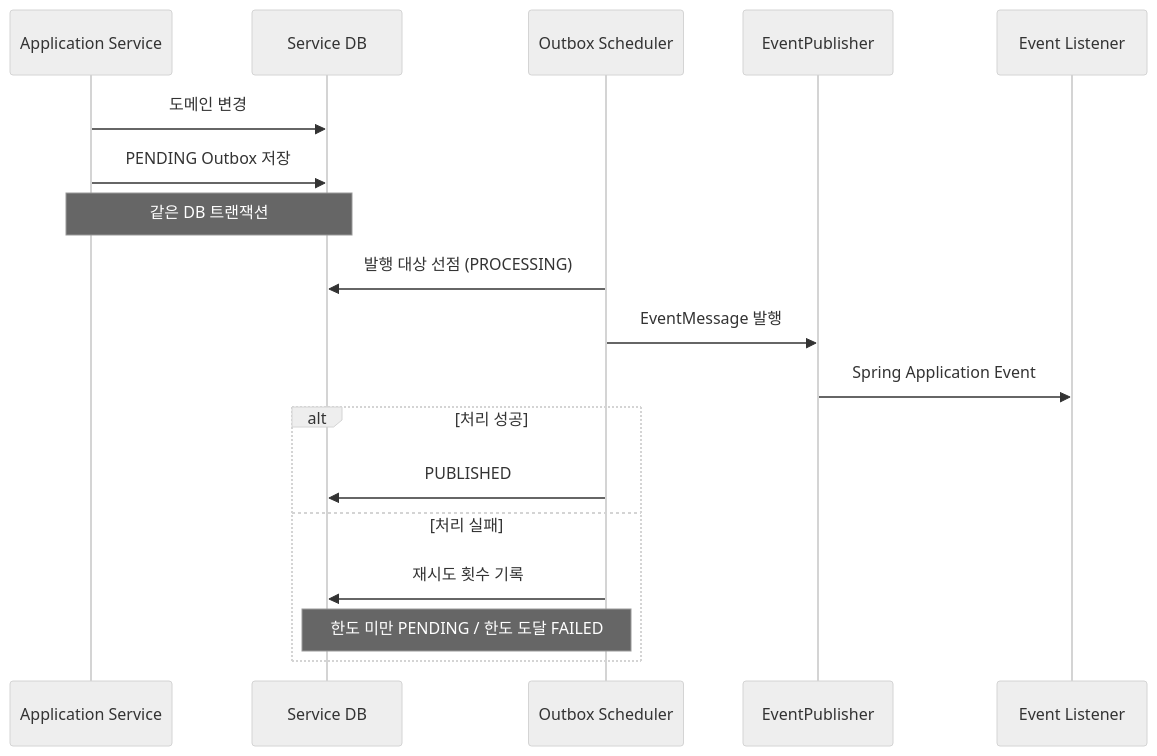
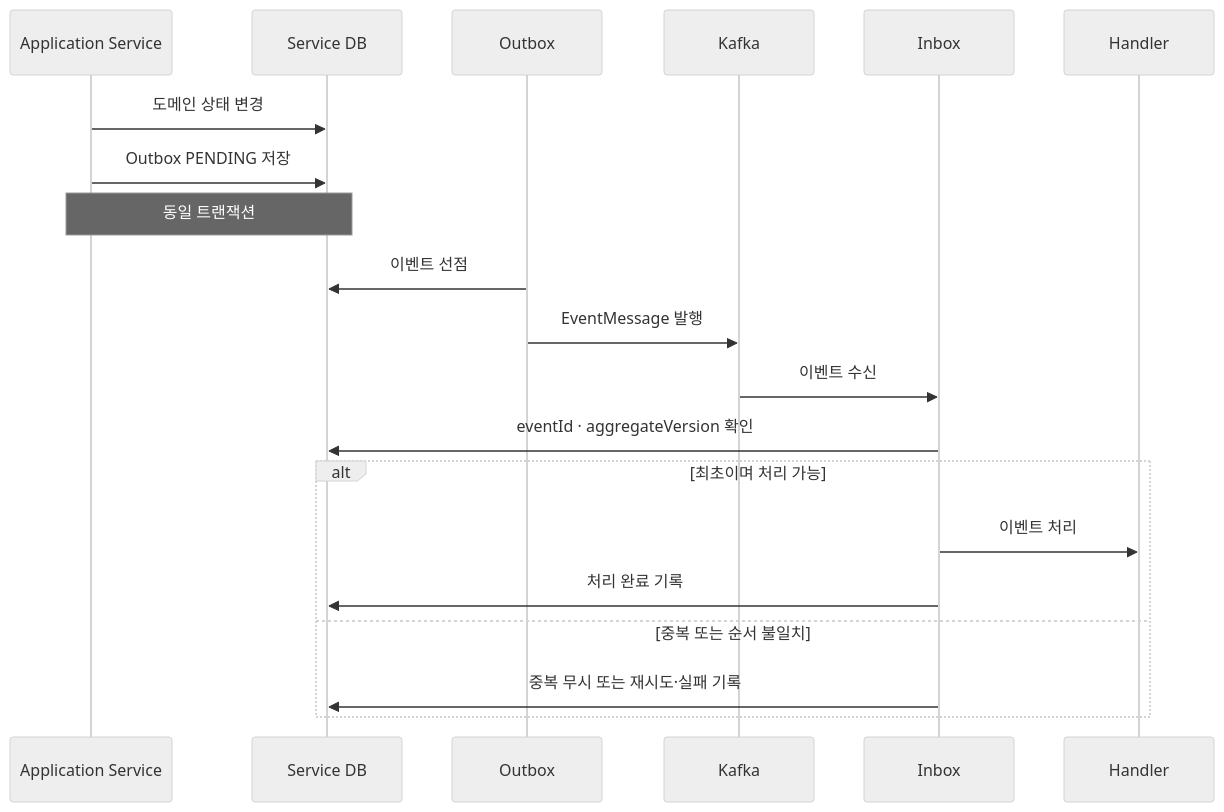
One commit to prgrms-be-adv-devcourse/beadv7_7_Congcongpodpod_BE changed the fourth of 5 diagrams in docs/architecture.md. Above: the diagram before and after it, drawn with Mermaid (neutral theme). The commit also changed other lines of this file and 99 other files, not shown here.

````diff
--- a/docs/architecture.md
+++ b/docs/architecture.md
@@ -136,21 +111,23 @@
 ```mermaid
 sequenceDiagram
-    participant API as Application Service
+    participant Domain as Application Service
     participant DB as Service DB
-    participant Outbox as Outbox Scheduler
-    participant Publisher as EventPublisher
-    participant Listener as Event Listener
+    participant Outbox
+    participant Kafka
+    participant Inbox
+    participant Handler
 
-    API->>DB: 도메인 변경
-    API->>DB: PENDING Outbox 저장
-    Note over API,DB: 같은 DB 트랜잭션
-    Outbox->>DB: 발행 대상 선점 (PROCESSING)
-    Outbox->>Publisher: EventMessage 발행
-    Publisher->>Listener: Spring Application Event
-    alt 처리 성공
-        Outbox->>DB: PUBLISHED
-    else 처리 실패
-        Outbox->>DB: 재시도 횟수 기록
-        Note over Outbox,DB: 한도 미만 PENDING / 한도 도달 FAILED
+    Domain->>DB: 도메인 상태 변경
+    Domain->>DB: Outbox PENDING 저장
+    Note over Domain,DB: 동일 트랜잭션
+    Outbox->>DB: 이벤트 선점
+    Outbox->>Kafka: EventMessage 발행
+    Kafka->>Inbox: 이벤트 수신
+    Inbox->>DB: eventId · aggregateVersion 확인
+    alt 최초이며 처리 가능
+        Inbox->>Handler: 이벤트 처리
+        Inbox->>DB: 처리 완료 기록
+    else 중복 또는 순서 불일치
+        Inbox->>DB: 중복 무시 또는 재시도·실패 기록
     end
 ```
````
